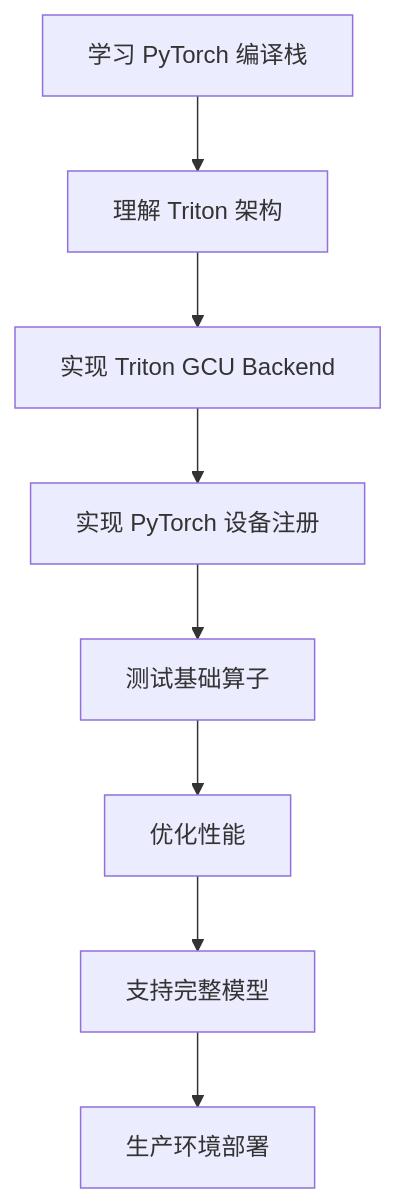
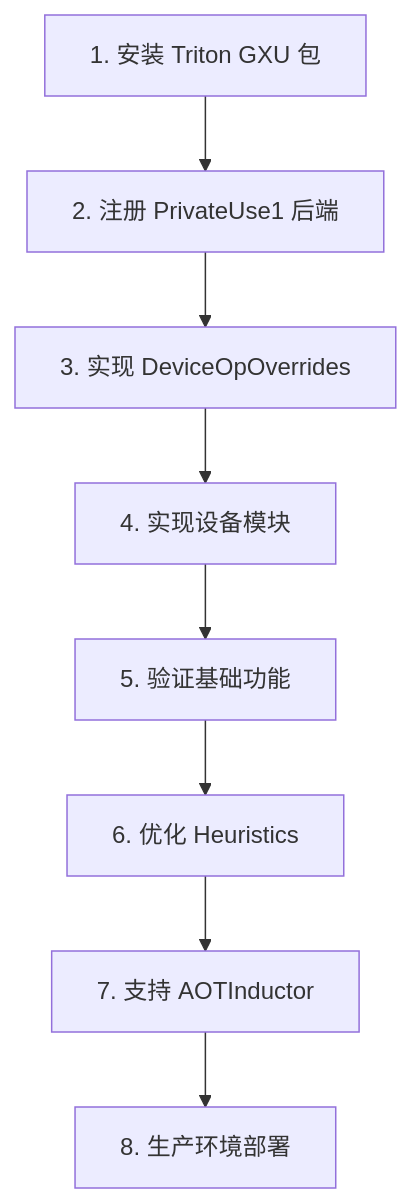
Before and after one commit to aigc-open/LLM-BOOK: the third of 3 diagrams in Pytorch/compile/08_国产设备适配_Triton后端扩展.md, drawn with Mermaid. The commit also changed other lines of this file and 1 other file, not shown here.

First line of the commit message:
Update Triton backend documentation for PyTorch integration

````diff
--- a/Pytorch/compile/08_国产设备适配_Triton后端扩展.md
+++ b/Pytorch/compile/08_国产设备适配_Triton后端扩展.md
@@ -1261,10 +1198,10 @@
 ```mermaid
 graph TB
-    A[学习 PyTorch 编译栈] --> B[理解 Triton 架构]
-    B --> C[实现 Triton GCU Backend]
-    C --> D[实现 PyTorch 设备注册]
-    D --> E[测试基础算子]
-    E --> F[优化性能]
-    F --> G[支持完整模型]
-    G --> H[生产环境部署]
+    A[1. 安装 Triton GXU 包] --> B[2. 注册 PrivateUse1 后端]
+    B --> C[3. 实现 DeviceOpOverrides]
+    C --> D[4. 实现设备模块]
+    D --> E[5. 验证基础功能]
+    E --> F[6. 优化 Heuristics]
+    F --> G[7. 支持 AOTInductor]
+    G --> H[8. 生产环境部署]
 ```
````
